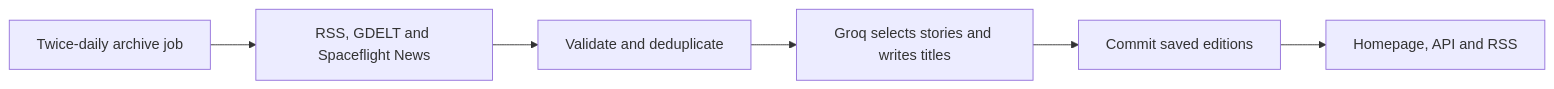
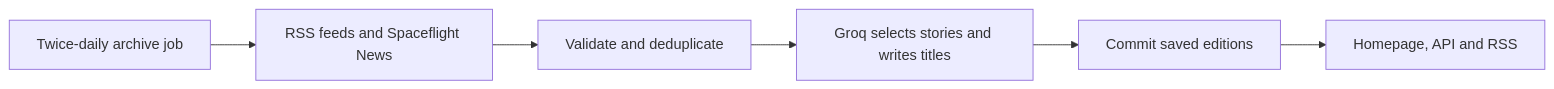
One commit to byalex33/changelog.earth changed the diagram in README.md. Above: the diagram before and after it, drawn with Mermaid. The commit also changed other lines of this file and 91 other files, not shown here.

````diff
--- a/README.md
+++ b/README.md
@@ -67,8 +67,8 @@
 ```mermaid
 flowchart LR
-    A[Twice-daily archive job] --> B[RSS, GDELT and Spaceflight News]
+    A[Twice-daily archive job] --> B[RSS feeds and Spaceflight News]
     B --> C[Validate and deduplicate]
     C --> D[Groq selects stories and writes titles]
     D --> F[Commit saved editions]
     F --> G[Homepage, API and RSS]
 ```
````
